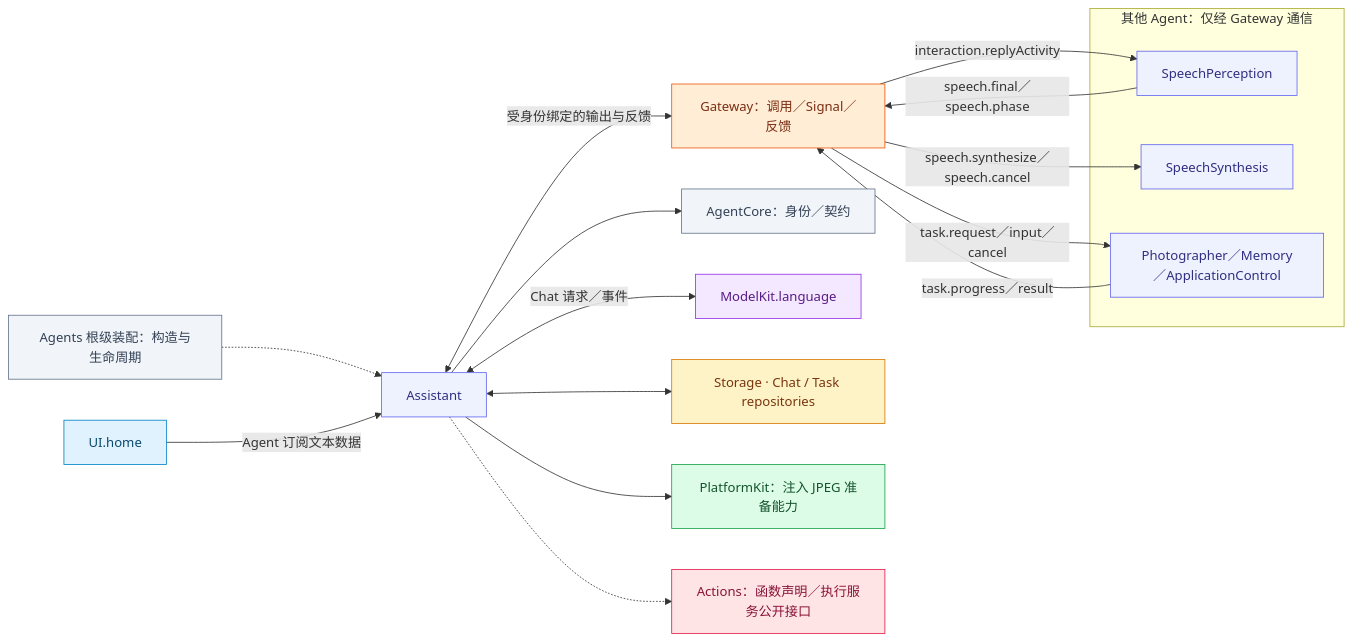
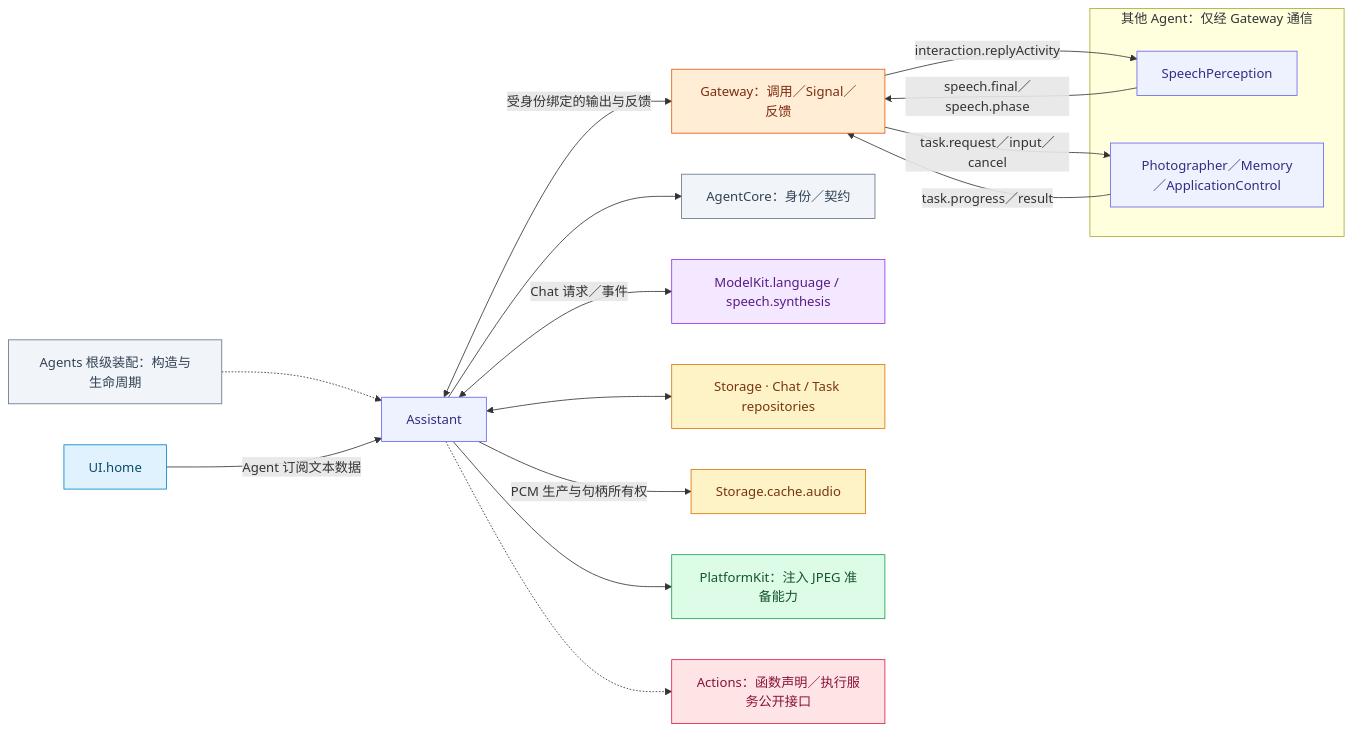
The first of 3 diagrams in MobileHarness/Agents/Assistant/README.md (devilyouwei/MobileHarness), drawn with Mermaid before and after one commit. The commit also changed other lines of this file and 119 other files, not shown here.

Commit message:
Refactor agent speech ownership and document full-duplex decisions

````diff
--- a/MobileHarness/Agents/Assistant/README.md
+++ b/MobileHarness/Agents/Assistant/README.md
@@ -33,39 +35,39 @@
 ```mermaid
 flowchart LR
  A["Assistant"]:::agent
  G["Gateway：调用／Signal／反馈"]:::gateway
  C["AgentCore：身份／契约"]:::host
  H["Agents 根级装配：构造与生命周期"]:::host
  H -.-> A
  A --> C
  A <-->|"受身份绑定的输出与反馈"| G
  U["UI.home"]:::ui
  U -->|"Agent 订阅文本数据"| A
- M["ModelKit.language"]:::model
+ M["ModelKit.language / speech.synthesis"]:::model
  A <-->|"Chat 请求／事件"| M
  S["Storage · Chat / Task repositories"]:::storage
  A <--> S
+ AC["Storage.cache.audio"]:::storage
+ A -->|"PCM 生产与句柄所有权"| AC
  P["PlatformKit：注入 JPEG 准备能力"]:::platform
  A --> P
  X["Actions：函数声明／执行服务公开接口"]:::action
  A -.-> X
  subgraph Peers["其他 Agent：仅经 Gateway 通信"]
  SP["SpeechPerception"]:::agent
- SS["SpeechSynthesis"]:::agent
  Fixed["Photographer／Memory／ApplicationControl"]:::agent
  end
  SP -->|"speech.final／speech.phase"| G
  G -->|"interaction.replyActivity"| SP
- G -->|"speech.synthesize／speech.cancel"| SS
  G -->|"task.request／input／cancel"| Fixed
  Fixed -->|"task.progress／result"| G
 
  classDef ui fill:#e0f2fe,stroke:#0284c7,color:#0c4a6e
  classDef platform fill:#dcfce7,stroke:#16a34a,color:#14532d
  classDef model fill:#f3e8ff,stroke:#9333ea,color:#581c87
  classDef storage fill:#fef3c7,stroke:#d97706,color:#78350f
  classDef agent fill:#eef2ff,stroke:#6366f1,color:#312e81
  classDef gateway fill:#ffedd5,stroke:#ea580c,color:#7c2d12
  classDef action fill:#ffe4e6,stroke:#e11d48,color:#881337
  classDef host fill:#f1f5f9,stroke:#64748b,color:#334155
 ```
````
